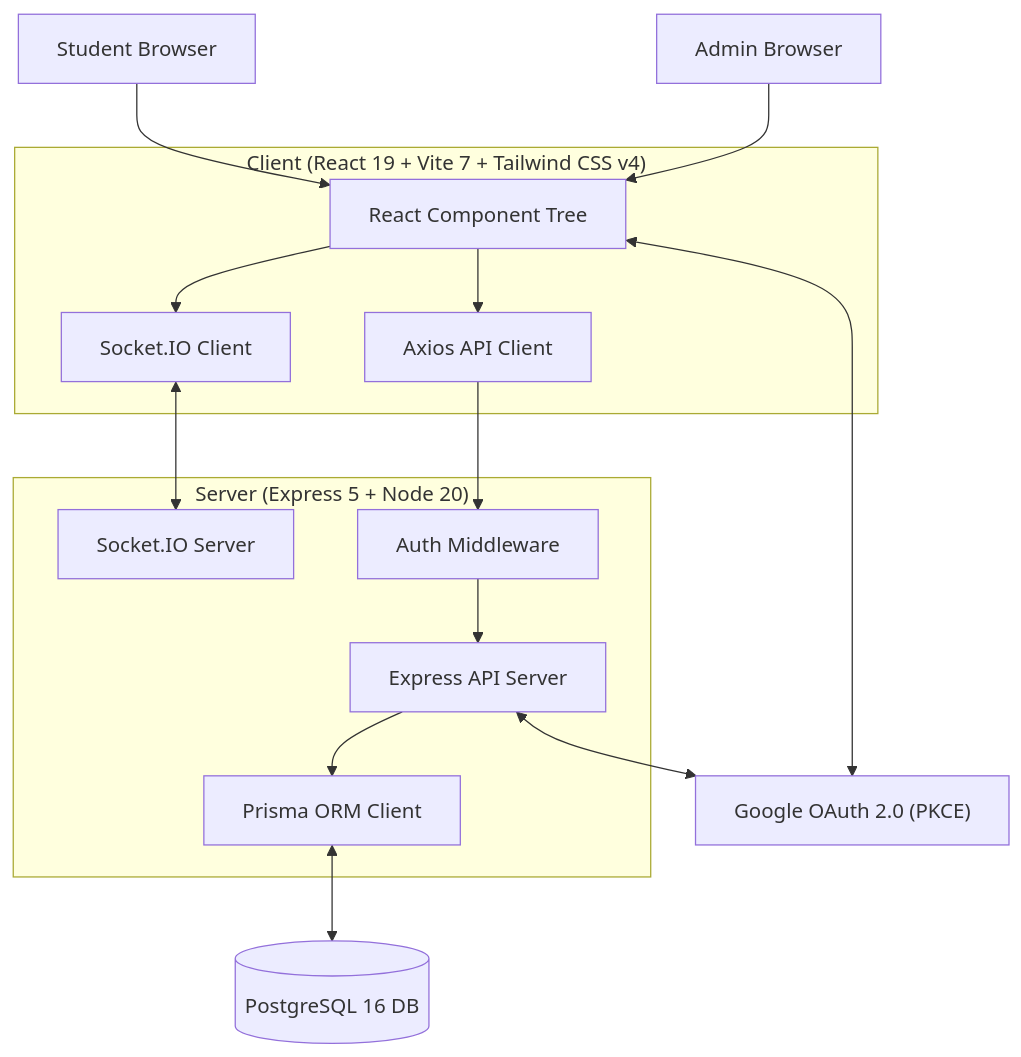
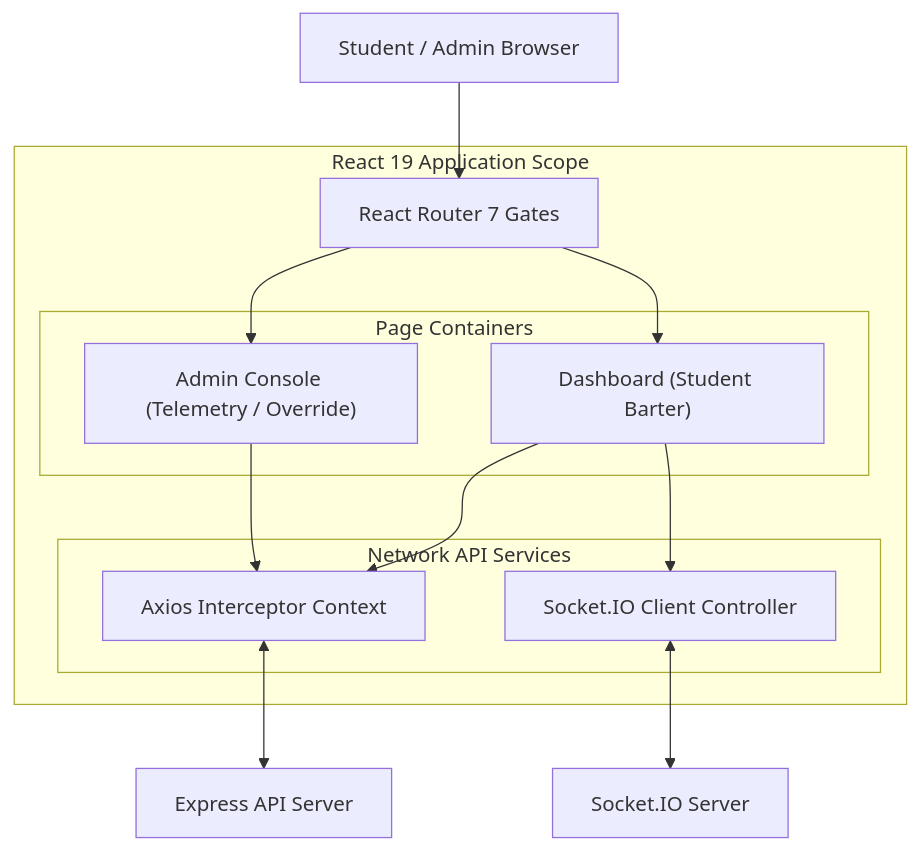
The first of 2 diagrams in ARCHITECTURE.md (DeatWalls-Azka/KRSwitch-frontend), drawn with Mermaid before and after one commit. The commit also changed other lines of this file and 1 other file, not shown here.

Commit message:
docs: customize architecture and onboarding guides specifically for the frontend

````diff
--- a/ARCHITECTURE.md
+++ b/ARCHITECTURE.md
@@ -11,42 +11,33 @@
 ```mermaid
 graph TD
-    %% User Nodes
-    Student["Student Browser"]
-    Admin["Admin Browser"]
+    %% Boundaries
+    User["Student / Admin Browser"]
+    API["Express API Server"]
+    Socket["Socket.IO Server"]
 
-    %% Frontend Group
-    subgraph FrontendApp ["Client (React 19 + Vite 7 + Tailwind CSS v4)"]
-        UI["React Component Tree"]
-        WSClient["Socket.IO Client"]
-        Axios["Axios API Client"]
+    subgraph FrontEnd ["React 19 Application Scope"]
+        Router["React Router 7 Gates"]
+        
+        subgraph Views ["Page Containers"]
+            Dash["Dashboard (Student Barter)"]
+            Admin["Admin Console (Telemetry / Override)"]
+        end
+
+        subgraph Network ["Network API Services"]
+            Axios["Axios Interceptor Context"]
+            SocketClient["Socket.IO Client Controller"]
+        end
     end
 
-    %% Backend Group
-    subgraph BackendApp ["Server (Express 5 + Node 20)"]
-        Express["Express API Server"]
-        WSServer["Socket.IO Server"]
-        PrismaClient["Prisma ORM Client"]
-        AuthMiddleware["Auth Middleware"]
-    end
-
-    %% External & DB
-    GoogleAuth["Google OAuth 2.0 (PKCE)"]
-    Postgres[("PostgreSQL 16 DB")]
-
-    %% Relations
-    Student --> UI
-    Admin --> UI
+    %% Mappings
+    User --> Router
+    Router --> Dash
+    Router --> Admin
     
-    UI --> Axios
-    UI --> WSClient
+    Dash --> Axios
+    Dash --> SocketClient
+    Admin --> Axios
     
-    Axios --> AuthMiddleware
-    AuthMiddleware --> Express
-    WSClient <--> WSServer
-    
-    Express --> PrismaClient
-    PrismaClient <--> Postgres
-    
-    Express <--> GoogleAuth
-    UI <--> GoogleAuth
+    Axios <--> API
+    SocketClient <--> Socket
 ```
````
